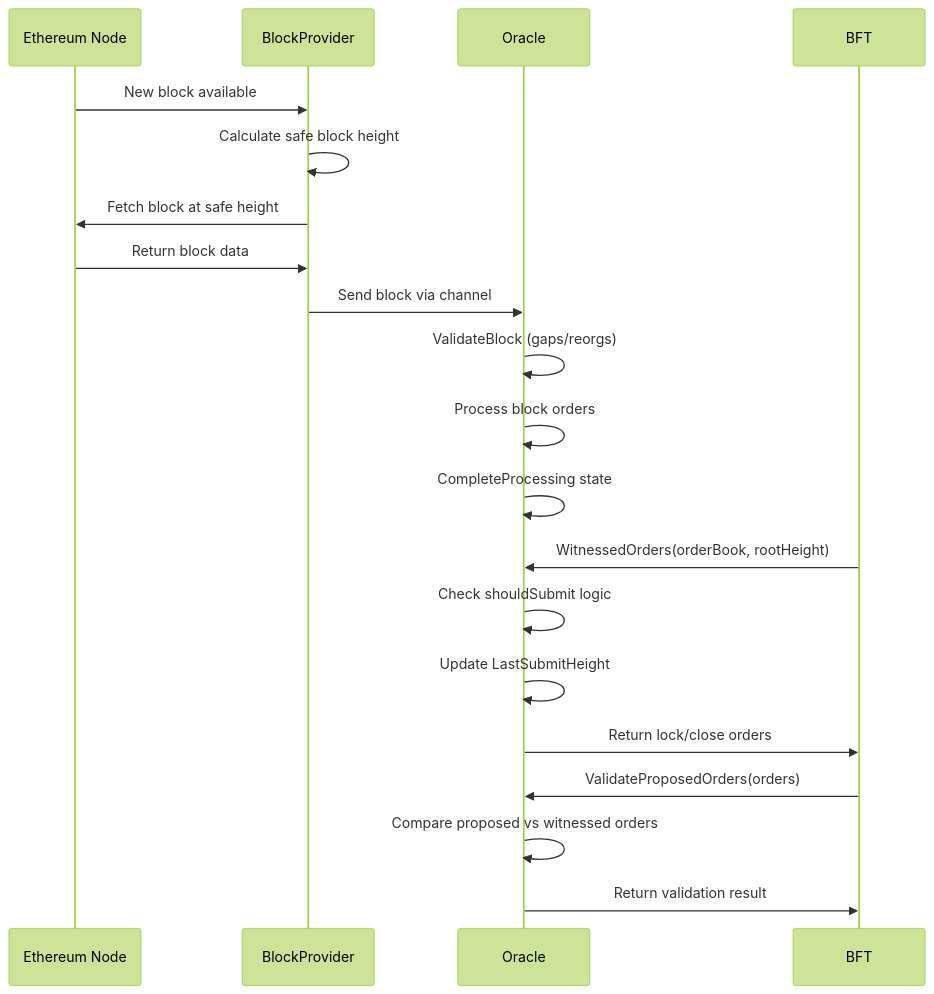
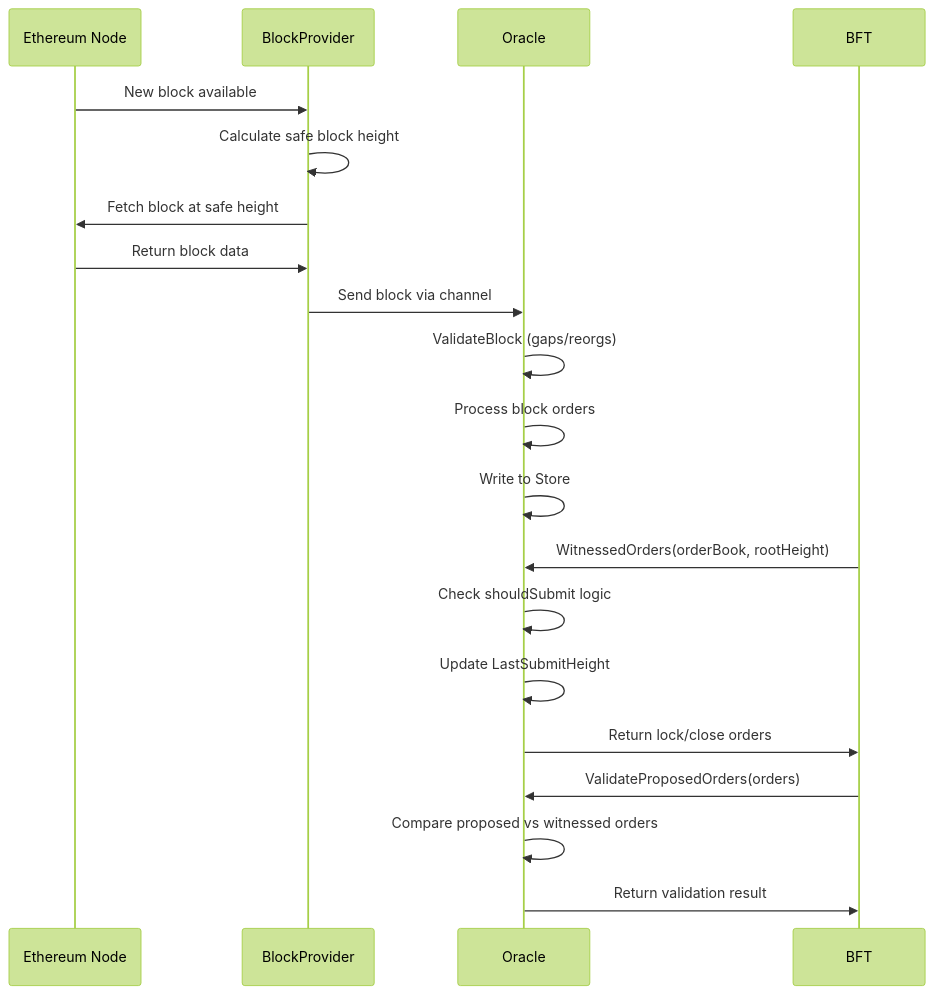
Before and after one commit to canopy-network/canopy: the second of 2 diagrams in cmd/rpc/oracle/ORACLE_FLOW.md, drawn with Mermaid (forest theme).

````diff
--- a/cmd/rpc/oracle/ORACLE_FLOW.md
+++ b/cmd/rpc/oracle/ORACLE_FLOW.md
@@ -24,30 +24,30 @@
 ```mermaid
 sequenceDiagram
     participant EN as Ethereum Node
     participant BP as BlockProvider
     participant O as Oracle
     participant BFT as BFT
 
     %% Block retrieval and processing
     EN->>BP: New block available
     BP->>BP: Calculate safe block height
     BP->>EN: Fetch block at safe height
     EN->>BP: Return block data
     BP->>O: Send block via channel
     
     %% Oracle block processing
     O->>O: ValidateBlock (gaps/reorgs)
     O->>O: Process block orders
-    O->>O: CompleteProcessing state
+    O->>O: Write to Store
     
     %% BFT consensus integration
     BFT->>O: WitnessedOrders(orderBook, rootHeight)
     O->>O: Check shouldSubmit logic
     O->>O: Update LastSubmitHeight
     O->>BFT: Return lock/close orders
     
     %% Block proposal validation
     BFT->>O: ValidateProposedOrders(orders)
     O->>O: Compare proposed vs witnessed orders
     O->>BFT: Return validation result
 ```
````
